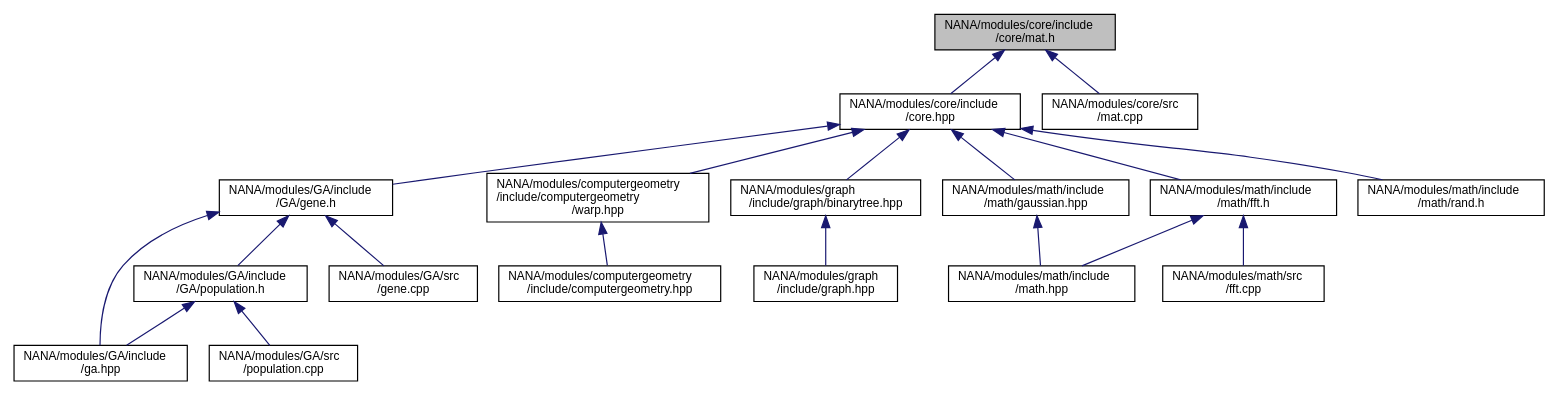
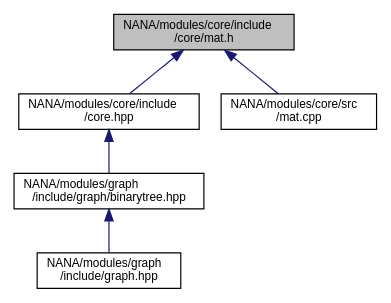
One commit to YuruTu/NANA changed the diagram in docs/mat_8h__dep__incl.dot. Above: the diagram before and after it, drawn with Graphviz. The commit also changed 216 other files, not shown here.

```diff
--- a/docs/mat_8h__dep__incl.dot
+++ b/docs/mat_8h__dep__incl.dot
@@ -1,41 +1,15 @@
 digraph "NANA/modules/core/include/core/mat.h"
 {
  // LATEX_PDF_SIZE
   edge [fontname="Helvetica",fontsize="10",labelfontname="Helvetica",labelfontsize="10"];
   node [fontname="Helvetica",fontsize="10",shape=record];
   Node1 [label="NANA/modules/core/include\l/core/mat.h",height=0.2,width=0.4,color="black", fillcolor="grey75", style="filled", fontcolor="black",tooltip="实现一个用于矩阵运算的模板类(仍在实现当中)"];
   Node1 -> Node2 [dir="back",color="midnightblue",fontsize="10",style="solid",fontname="Helvetica"];
   Node2 [label="NANA/modules/core/include\l/core.hpp",height=0.2,width=0.4,color="black", fillcolor="white", style="filled",URL="$core_8hpp.html",tooltip="包含基本的数据结构等"];
   Node2 -> Node3 [dir="back",color="midnightblue",fontsize="10",style="solid",fontname="Helvetica"];
-  Node3 [label="NANA/modules/GA/include\l/GA/gene.h",height=0.2,width=0.4,color="black", fillcolor="white", style="filled",URL="$gene_8h.html",tooltip="实现基因的运算"];
+  Node3 [label="NANA/modules/graph\l/include/graph/binarytree.hpp",height=0.2,width=0.4,color="black", fillcolor="white", style="filled",URL="$binarytree_8hpp.html",tooltip="实现二叉树的模板"];
   Node3 -> Node4 [dir="back",color="midnightblue",fontsize="10",style="solid",fontname="Helvetica"];
-  Node4 [label="NANA/modules/GA/include\l/GA/population.h",height=0.2,width=0.4,color="black", fillcolor="white", style="filled",URL="$population_8h.html",tooltip="实现种群类"];
-  Node4 -> Node5 [dir="back",color="midnightblue",fontsize="10",style="solid",fontname="Helvetica"];
-  Node5 [label="NANA/modules/GA/include\l/ga.hpp",height=0.2,width=0.4,color="black", fillcolor="white", style="filled",URL="$ga_8hpp_source.html",tooltip=" "];
-  Node4 -> Node6 [dir="back",color="midnightblue",fontsize="10",style="solid",fontname="Helvetica"];
-  Node6 [label="NANA/modules/GA/src\l/population.cpp",height=0.2,width=0.4,color="black", fillcolor="white", style="filled",URL="$population_8cpp_source.html",tooltip=" "];
-  Node3 -> Node5 [dir="back",color="midnightblue",fontsize="10",style="solid",fontname="Helvetica"];
-  Node3 -> Node7 [dir="back",color="midnightblue",fontsize="10",style="solid",fontname="Helvetica"];
-  Node7 [label="NANA/modules/GA/src\l/gene.cpp",height=0.2,width=0.4,color="black", fillcolor="white", style="filled",URL="$gene_8cpp_source.html",tooltip=" "];
-  Node2 -> Node8 [dir="back",color="midnightblue",fontsize="10",style="solid",fontname="Helvetica"];
-  Node8 [label="NANA/modules/computergeometry\l/include/computergeometry\l/warp.hpp",height=0.2,width=0.4,color="black", fillcolor="white", style="filled",URL="$warp_8hpp.html",tooltip="实现点集的仿射变换和透视变换"];
-  Node8 -> Node9 [dir="back",color="midnightblue",fontsize="10",style="solid",fontname="Helvetica"];
-  Node9 [label="NANA/modules/computergeometry\l/include/computergeometry.hpp",height=0.2,width=0.4,color="black", fillcolor="white", style="filled",URL="$computergeometry_8hpp.html",tooltip="实现计算机几何的相关功能"];
-  Node2 -> Node10 [dir="back",color="midnightblue",fontsize="10",style="solid",fontname="Helvetica"];
-  Node10 [label="NANA/modules/graph\l/include/graph/binarytree.hpp",height=0.2,width=0.4,color="black", fillcolor="white", style="filled",URL="$binarytree_8hpp.html",tooltip="实现二叉树的模板"];
-  Node10 -> Node11 [dir="back",color="midnightblue",fontsize="10",style="solid",fontname="Helvetica"];
-  Node11 [label="NANA/modules/graph\l/include/graph.hpp",height=0.2,width=0.4,color="black", fillcolor="white", style="filled",URL="$graph_8hpp.html",tooltip="实现图论相关算法"];
-  Node2 -> Node12 [dir="back",color="midnightblue",fontsize="10",style="solid",fontname="Helvetica"];
-  Node12 [label="NANA/modules/math/include\l/math/fft.h",height=0.2,width=0.4,color="black", fillcolor="white", style="filled",URL="$fft_8h.html",tooltip="实现傅里叶变换相关算法"];
-  Node12 -> Node13 [dir="back",color="midnightblue",fontsize="10",style="solid",fontname="Helvetica"];
-  Node13 [label="NANA/modules/math/include\l/math.hpp",height=0.2,width=0.4,color="black", fillcolor="white", style="filled",URL="$math_8hpp.html",tooltip="实现基本的数学运算"];
-  Node12 -> Node14 [dir="back",color="midnightblue",fontsize="10",style="solid",fontname="Helvetica"];
-  Node14 [label="NANA/modules/math/src\l/fft.cpp",height=0.2,width=0.4,color="black", fillcolor="white", style="filled",URL="$fft_8cpp_source.html",tooltip=" "];
-  Node2 -> Node15 [dir="back",color="midnightblue",fontsize="10",style="solid",fontname="Helvetica"];
-  Node15 [label="NANA/modules/math/include\l/math/gaussian.hpp",height=0.2,width=0.4,color="black", fillcolor="white", style="filled",URL="$gaussian_8hpp.html",tooltip="实现高斯相关的算法"];
-  Node15 -> Node13 [dir="back",color="midnightblue",fontsize="10",style="solid",fontname="Helvetica"];
-  Node2 -> Node16 [dir="back",color="midnightblue",fontsize="10",style="solid",fontname="Helvetica"];
-  Node16 [label="NANA/modules/math/include\l/math/rand.h",height=0.2,width=0.4,color="black", fillcolor="white", style="filled",URL="$rand_8h_source.html",tooltip=" "];
-  Node1 -> Node17 [dir="back",color="midnightblue",fontsize="10",style="solid",fontname="Helvetica"];
-  Node17 [label="NANA/modules/core/src\l/mat.cpp",height=0.2,width=0.4,color="black", fillcolor="white", style="filled",URL="$mat_8cpp.html",tooltip="实现Mat的相关功能"];
+  Node4 [label="NANA/modules/graph\l/include/graph.hpp",height=0.2,width=0.4,color="black", fillcolor="white", style="filled",URL="$graph_8hpp.html",tooltip="实现图论相关算法"];
+  Node1 -> Node5 [dir="back",color="midnightblue",fontsize="10",style="solid",fontname="Helvetica"];
+  Node5 [label="NANA/modules/core/src\l/mat.cpp",height=0.2,width=0.4,color="black", fillcolor="white", style="filled",URL="$mat_8cpp.html",tooltip="实现Mat的相关功能"];
 }
```
